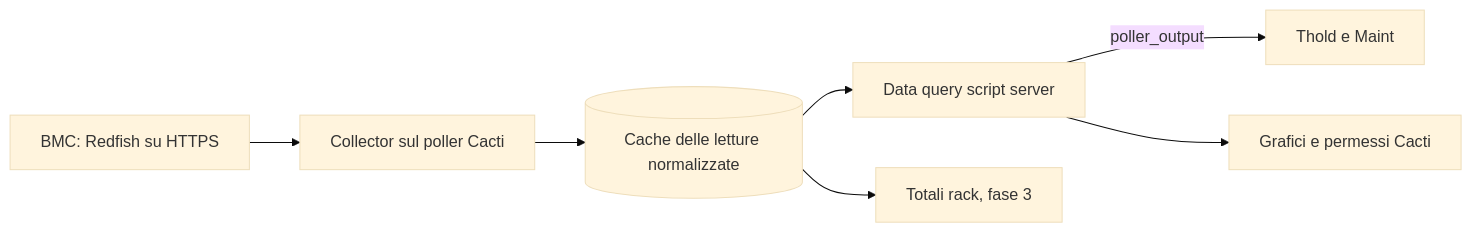
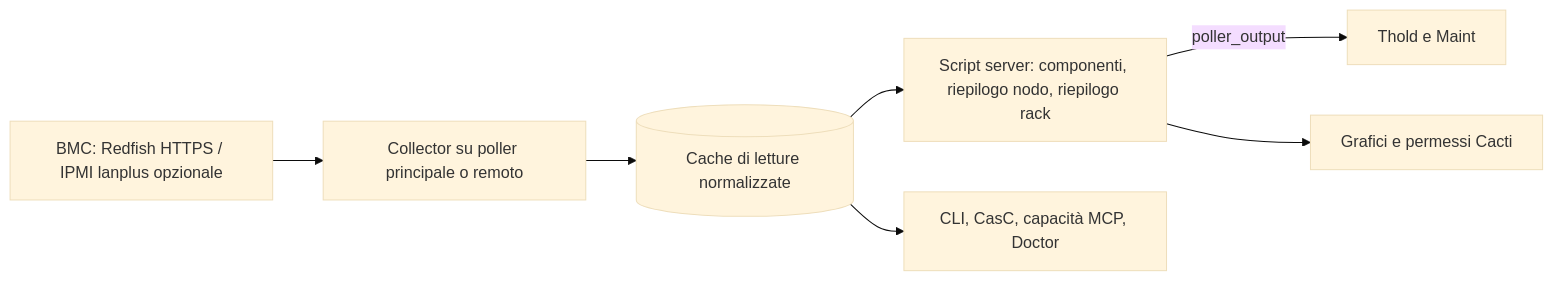
One commit to somethingwithproof/plugin_redfish changed the diagram in docs/i18n/it-IT/README.md. Above: the diagram before and after it, drawn with Mermaid (base theme). The commit also changed other lines of this file and 47 other files, not shown here.

````diff
--- a/docs/i18n/it-IT/README.md
+++ b/docs/i18n/it-IT/README.md
@@ -100,9 +140,9 @@
 ```mermaid
 flowchart LR
-    BMC[BMC: Redfish su HTTPS] --> C[Collector sul poller Cacti]
-    C --> CACHE[(Cache delle letture normalizzate)]
-    CACHE --> SS[Data query script server]
-    SS -->|poller_output| T[Thold e Maint]
-    SS --> G[Grafici e permessi Cacti]
-    CACHE --> R[Totali rack, fase 3]
+    BMC["BMC: Redfish HTTPS / IPMI lanplus opzionale"] --> C["Collector su poller principale o remoto"]
+    C --> CACHE[("Cache di letture normalizzate")]
+    CACHE --> SS["Script server: componenti, riepilogo nodo, riepilogo rack"]
+    SS -->|poller_output| T["Thold e Maint"]
+    SS --> G["Grafici e permessi Cacti"]
+    CACHE --> ECO["CLI, CasC, capacità MCP, Doctor"]
 ```
````
